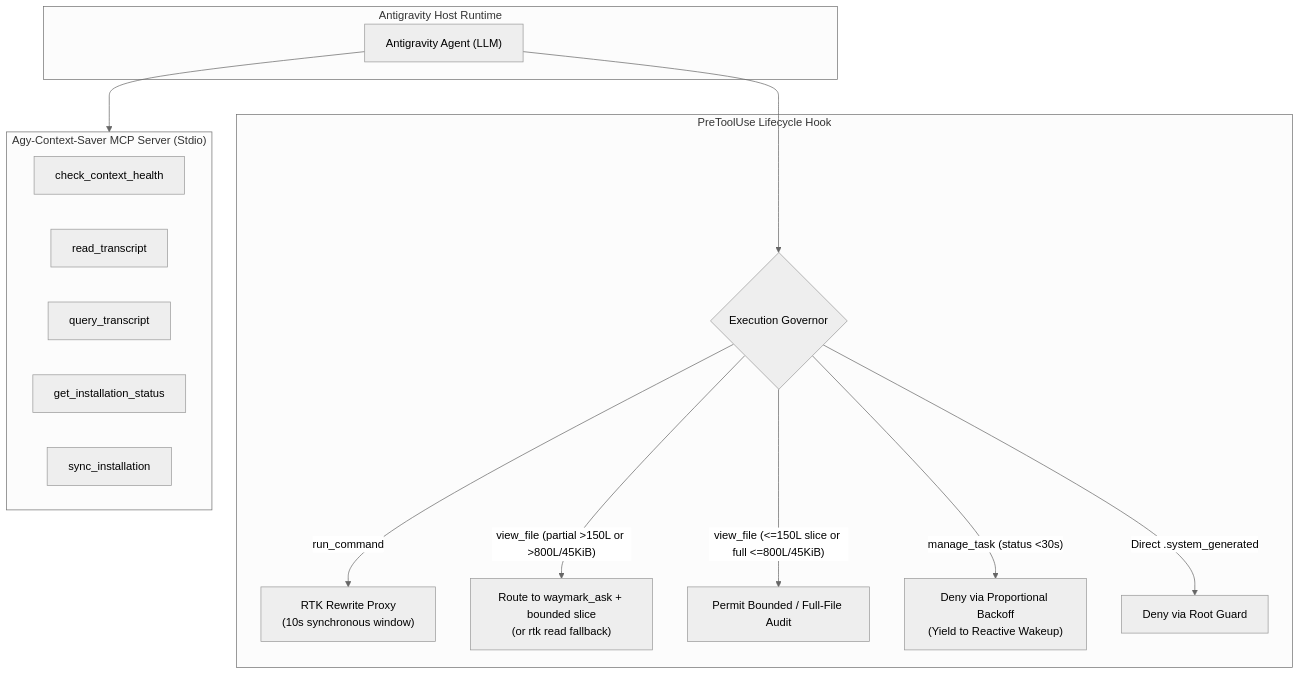
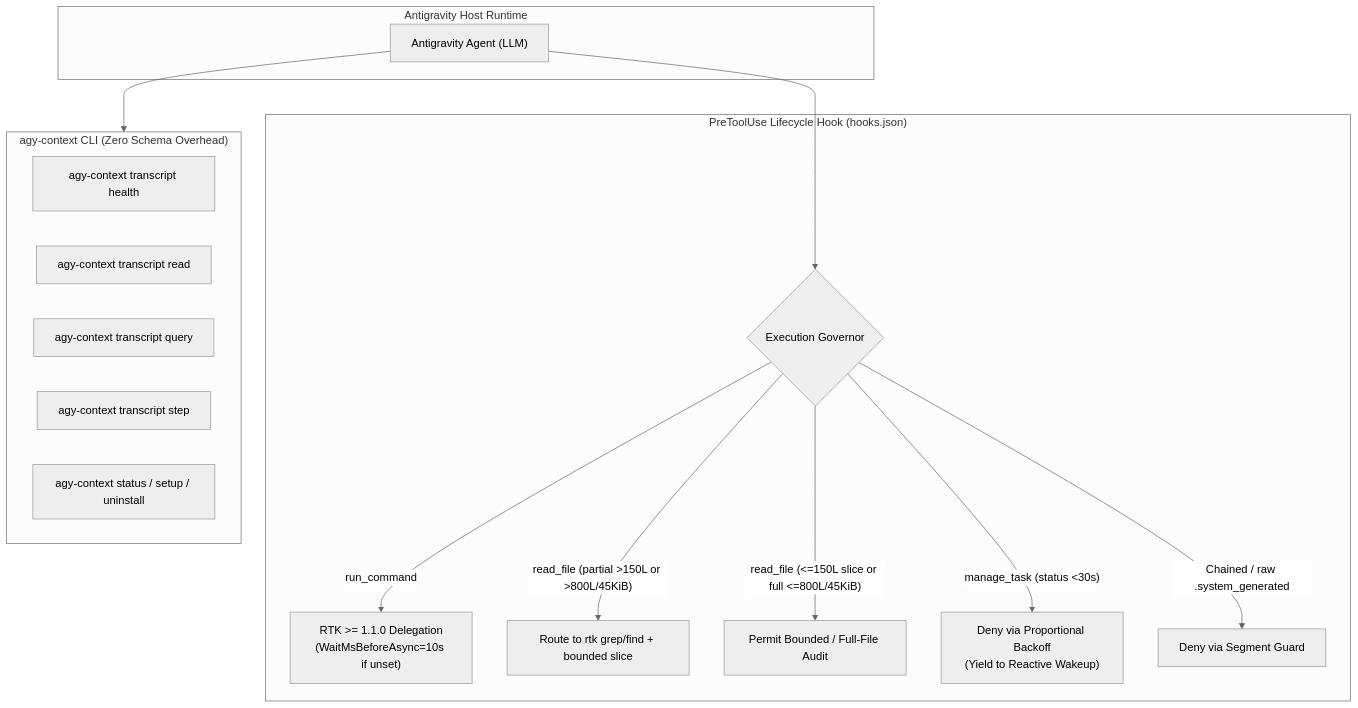
Before and after one commit to paragon-ux/Agy-Context-Saver: the first of 2 diagrams in docs/tools.md, drawn with Mermaid (neutral theme). The commit also changed other lines of this file and 38 other files, not shown here.

Commit message:
feat(v2.0.0): CLI-first architecture, RTK >= 1.1.0 delegation, 2.0 hook governance, and strict docs fix

````diff
--- a/docs/tools.md
+++ b/docs/tools.md
@@ -9,26 +9,26 @@
 ```mermaid
 flowchart TD
     subgraph Host["Antigravity Host Runtime"]
         Agent["Antigravity Agent (LLM)"]
     end
 
-    subgraph Governance["PreToolUse Lifecycle Hook"]
+    subgraph Governance["PreToolUse Lifecycle Hook (hooks.json)"]
         Hook{"Execution Governor"}
-        Hook -- "run_command" --> Rewrite["RTK Rewrite Proxy\n(10s synchronous window)"]
-        Hook -- "view_file (partial >150L or >800L/45KiB)" --> Redirect["Route to waymark_ask + bounded slice\n(or rtk read fallback)"]
-        Hook -- "view_file (<=150L slice or full <=800L/45KiB)" --> SliceSafe["Permit Bounded / Full-File Audit"]
+        Hook -- "run_command" --> Rewrite["RTK >= 1.1.0 Delegation\n(WaitMsBeforeAsync=10s if unset)"]
+        Hook -- "read_file (partial >150L or >800L/45KiB)" --> Redirect["Route to rtk grep/find + bounded slice"]
+        Hook -- "read_file (<=150L slice or full <=800L/45KiB)" --> SliceSafe["Permit Bounded / Full-File Audit"]
         Hook -- "manage_task (status <30s)" --> Backoff["Deny via Proportional Backoff\n(Yield to Reactive Wakeup)"]
-        Hook -- "Direct .system_generated" --> RootDeny["Deny via Root Guard"]
+        Hook -- "Chained / raw .system_generated" --> RootDeny["Deny via Segment Guard"]
     end
 
-    subgraph MCP["Agy-Context-Saver MCP Server (Stdio)"]
-        T1["check_context_health"]
-        T2["read_transcript"]
-        T3["query_transcript"]
-        T4["get_installation_status"]
-        T5["sync_installation"]
+    subgraph CLI["agy-context CLI (Zero Schema Overhead)"]
+        T1["agy-context transcript health"]
+        T2["agy-context transcript read"]
+        T3["agy-context transcript query"]
+        T4["agy-context transcript step"]
+        T5["agy-context status / setup / uninstall"]
     end
 
     Agent --> Hook
-    Agent --> MCP
+    Agent --> CLI
 ```
````
